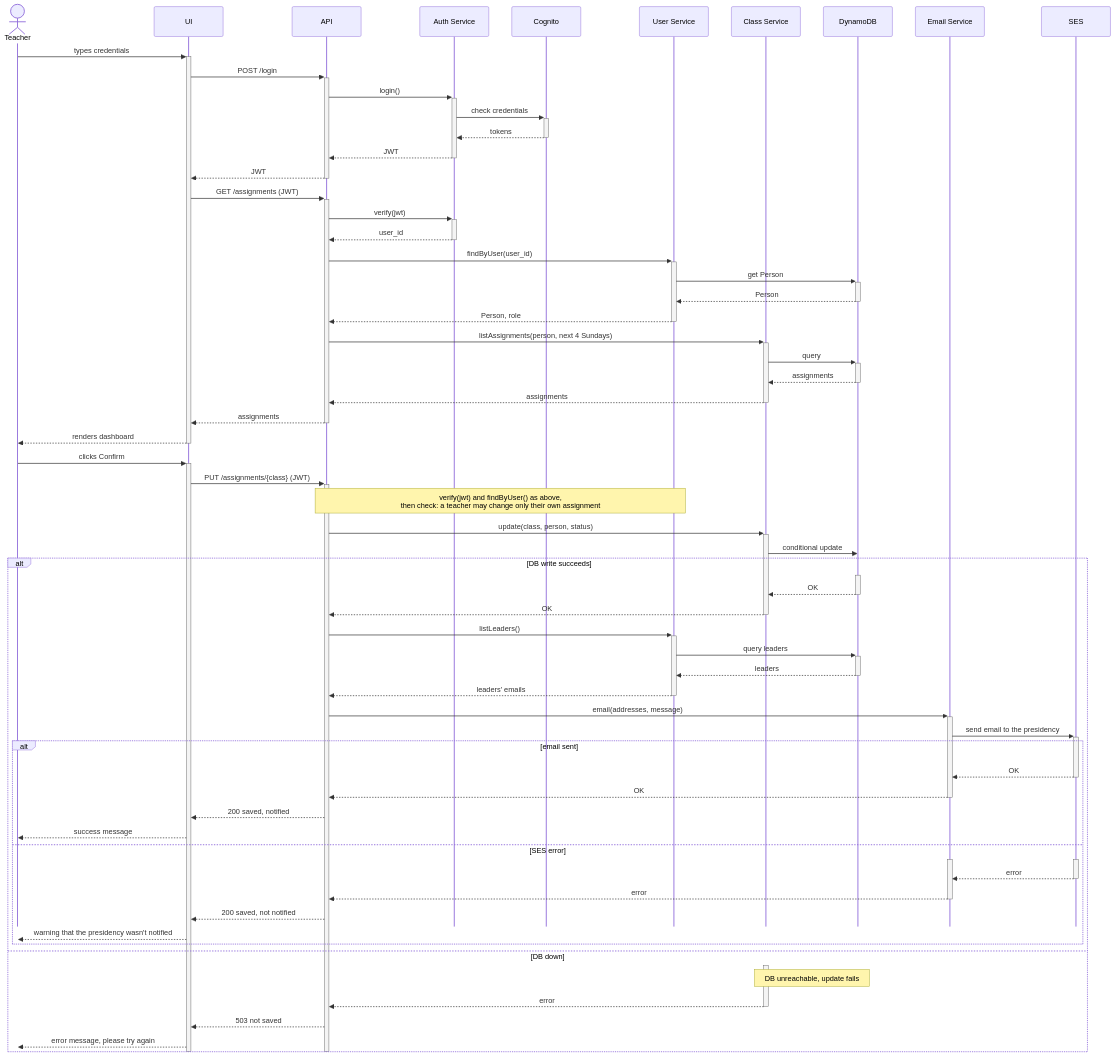
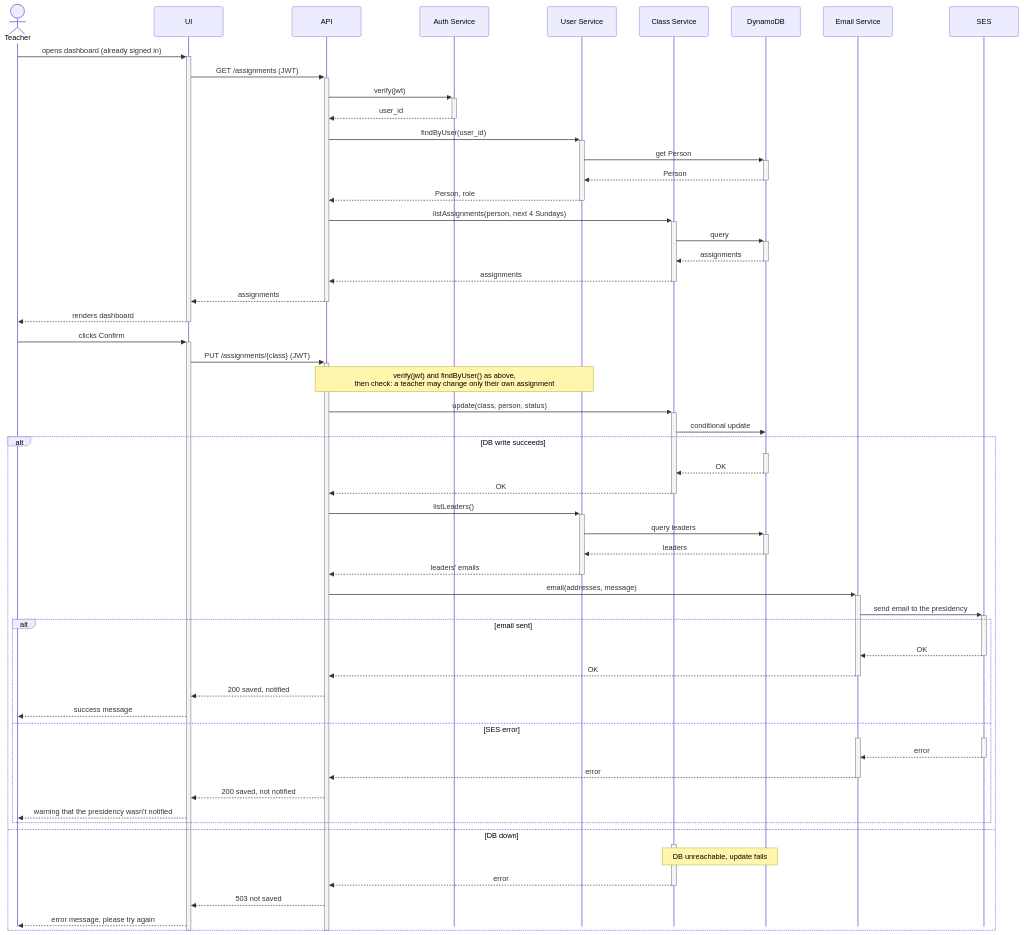
Before and after one commit to Sunday-School-Software/Sunday-School-Scheduler: the third of 4 diagrams in docs/design.md, drawn with Mermaid. The commit also changed other lines of this file, not shown here.

````diff
--- a/docs/design.md
+++ b/docs/design.md
@@ -150,77 +137,70 @@
 ```mermaid
 ---
 config:
   sequence:
     mirrorActors: false
   themeCSS: "line[name='T'] { display: none; }"
 ---
 sequenceDiagram
     actor T as Teacher
     participant UI
     participant API
     participant Auth as Auth Service
-    participant Cognito
     participant User as User Service
     participant Class as Class Service
     participant DB as DynamoDB
     participant Email as Email Service
     participant SES
 
-    T->>+UI: types credentials
-    UI->>+API: POST /login
-    API->>+Auth: login()
-    Auth->>+Cognito: check credentials
-    Cognito-->>-Auth: tokens
-    Auth-->>-API: JWT
-    API-->>-UI: JWT
+    T->>+UI: opens dashboard (already signed in)
     UI->>+API: GET /assignments (JWT)
     API->>+Auth: verify(jwt)
     Auth-->>-API: user_id
     API->>+User: findByUser(user_id)
     User->>+DB: get Person
     DB-->>-User: Person
     User-->>-API: Person, role
     API->>+Class: listAssignments(person, next 4 Sundays)
     Class->>+DB: query
     DB-->>-Class: assignments
     Class-->>-API: assignments
     API-->>-UI: assignments
     UI-->>-T: renders dashboard
     T->>+UI: clicks Confirm
     UI->>+API: PUT /assignments/{class} (JWT)
     Note over API,User: verify(jwt) and findByUser() as above,<br/>then check: a teacher may change only their own assignment
     API->>+Class: update(class, person, status)
     Class->>DB: conditional update
     alt DB write succeeds
         activate DB
         DB-->>-Class: OK
         Class-->>-API: OK
         API->>+User: listLeaders()
         User->>+DB: query leaders
         DB-->>-User: leaders
         User-->>-API: leaders' emails
         API->>+Email: email(addresses, message)
         Email->>+SES: send email to the presidency
         alt email sent
             SES-->>-Email: OK
             Email-->>-API: OK
             API-->>UI: 200 saved, notified
             UI-->>T: success message
         else SES error
             activate SES
             activate Email
             SES-->>-Email: error
             Email-->>-API: error
             API-->>UI: 200 saved, not notified
             UI-->>T: warning that the presidency wasn't notified
         end
     else DB down
         activate Class
         Note over Class,DB: DB unreachable, update fails
         Class-->>-API: error
         API-->>UI: 503 not saved
         UI-->>T: error message, please try again
     end
     deactivate API
     deactivate UI
 ```
````
